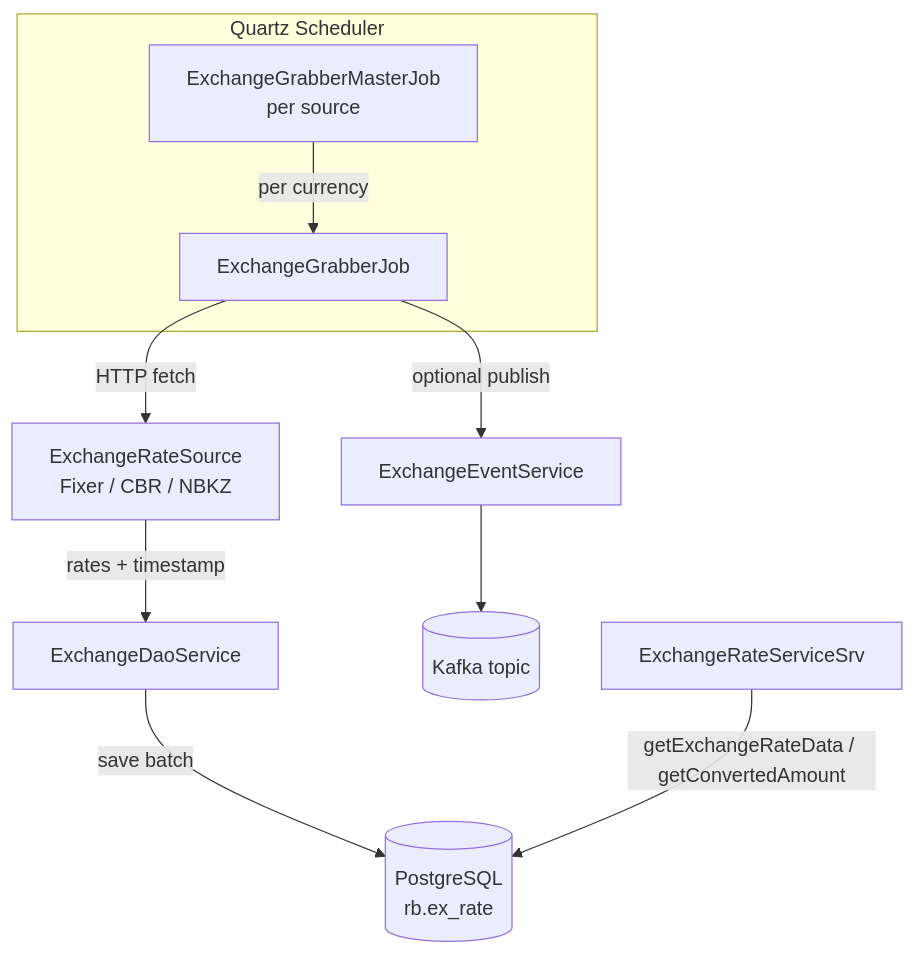
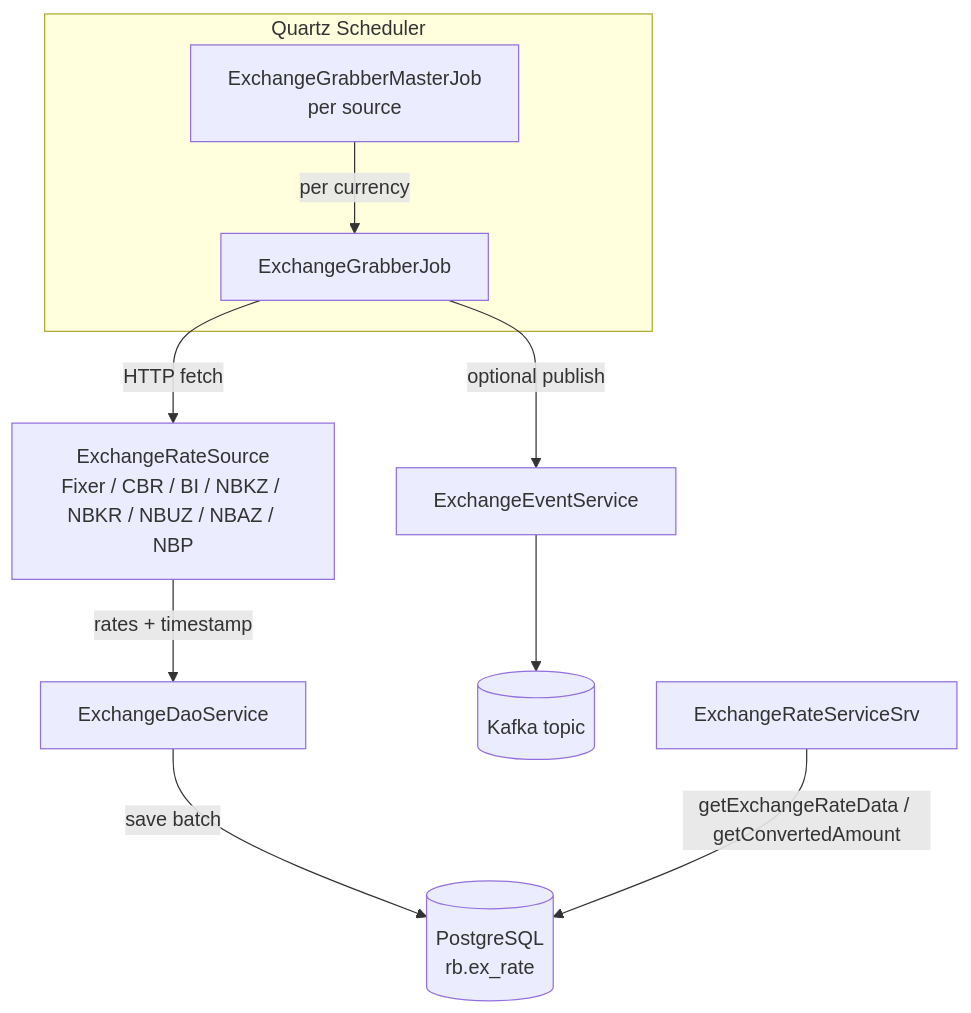
The diagram in README.md (valitydev/rate-boss), drawn with Mermaid before and after one commit. The commit also changed other lines of this file and 45 other files, not shown here.

````diff
--- a/README.md
+++ b/README.md
@@ -9,14 +9,14 @@
 ```mermaid
 flowchart TD
   subgraph Quartz Scheduler
     M[ExchangeGrabberMasterJob<br/>per source] -->|per currency| J[ExchangeGrabberJob]
   end
 
-  J -->|HTTP fetch| S[ExchangeRateSource<br/>Fixer / CBR / NBKZ]
+  J -->|HTTP fetch| S[ExchangeRateSource<br/>Fixer / CBR / BI / NBKZ / NBKR / NBUZ / NBAZ / NBP]
   S -->|rates + timestamp| D[ExchangeDaoService]
   D -->|save batch| DB[(PostgreSQL<br/>rb.ex_rate)]
   J -->|optional publish| E[ExchangeEventService]
   E --> K[(Kafka topic)]
 
   API[ExchangeRateServiceSrv] -->|getExchangeRateData / getConvertedAmount| DB
 ```
````
